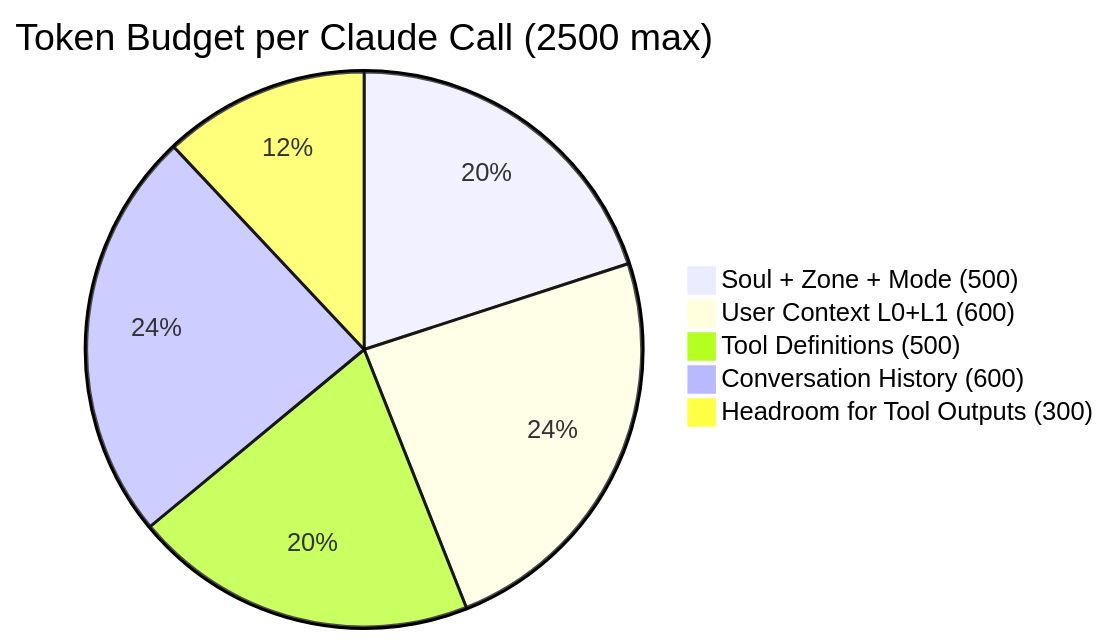
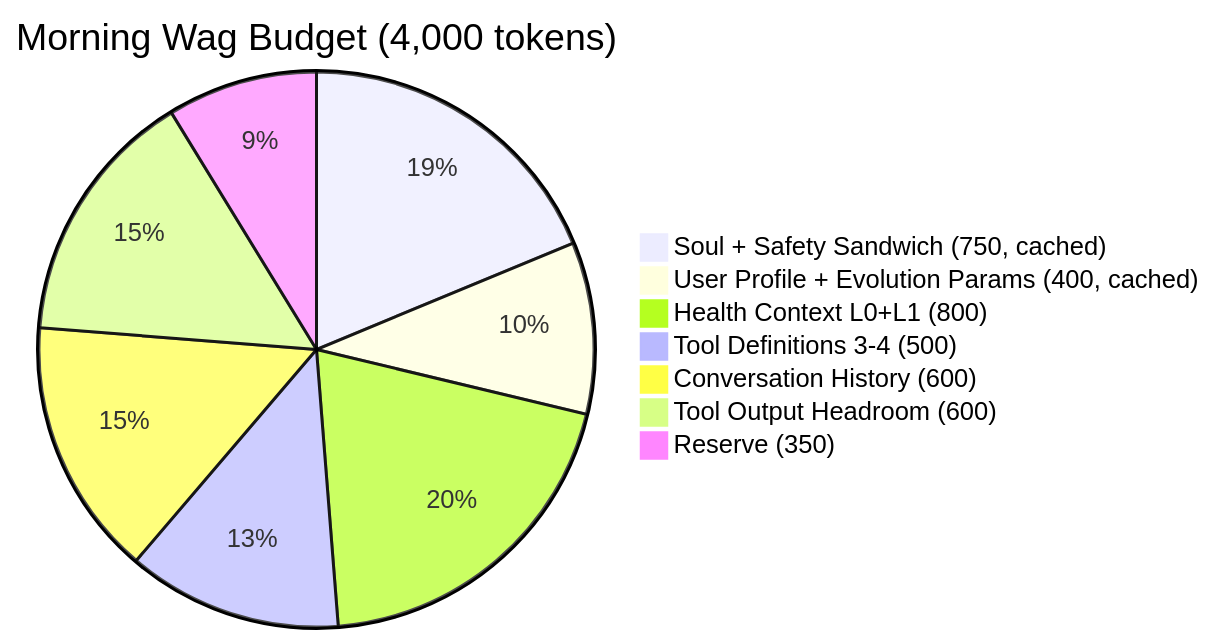
The sixth of 21 diagrams in docs-site/diagrams.md (Pin4sf/Waldo), drawn with Mermaid before and after one commit. The commit also changed other lines of this file and 75 other files, not shown here.

````diff
--- a/docs-site/diagrams.md
+++ b/docs-site/diagrams.md
@@ -231,8 +233,10 @@
 ```mermaid
-pie title Token Budget per Claude Call (2500 max)
-    "Soul + Zone + Mode (500)" : 500
-    "User Context L0+L1 (600)" : 600
-    "Tool Definitions (500)" : 500
+pie title Morning Wag Budget (4,000 tokens)
+    "Soul + Safety Sandwich (750, cached)" : 750
+    "User Profile + Evolution Params (400, cached)" : 400
+    "Health Context L0+L1 (800)" : 800
+    "Tool Definitions 3-4 (500)" : 500
     "Conversation History (600)" : 600
-    "Headroom for Tool Outputs (300)" : 300
+    "Tool Output Headroom (600)" : 600
+    "Reserve (350)" : 350
 ```
````
